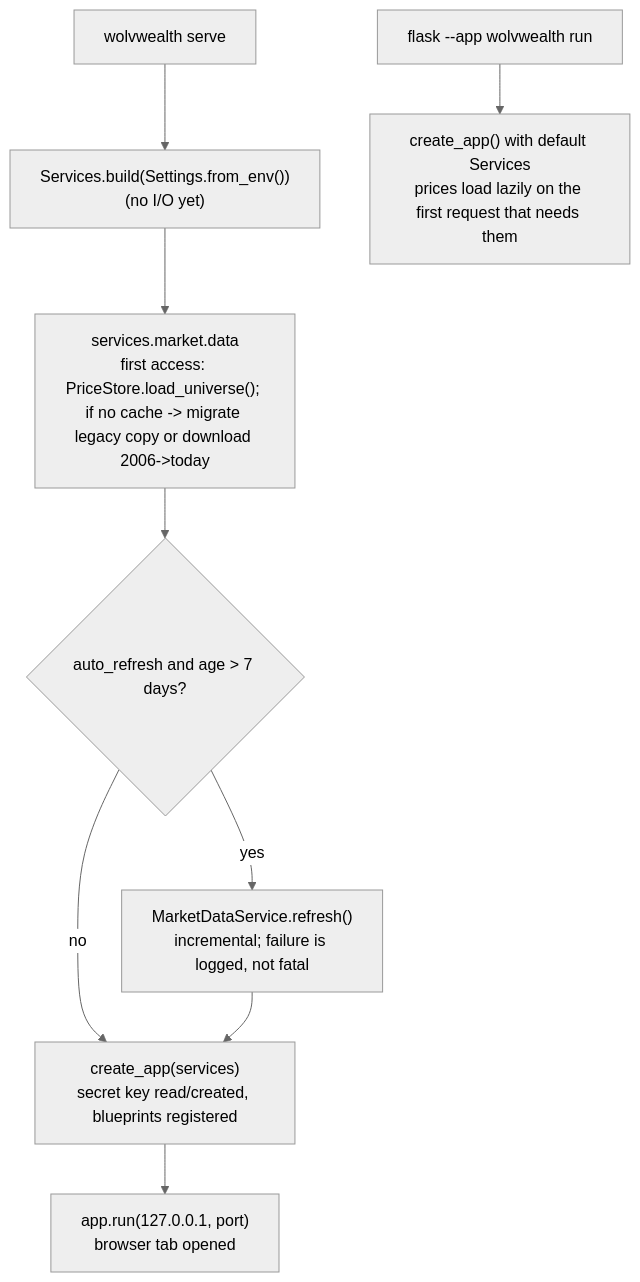
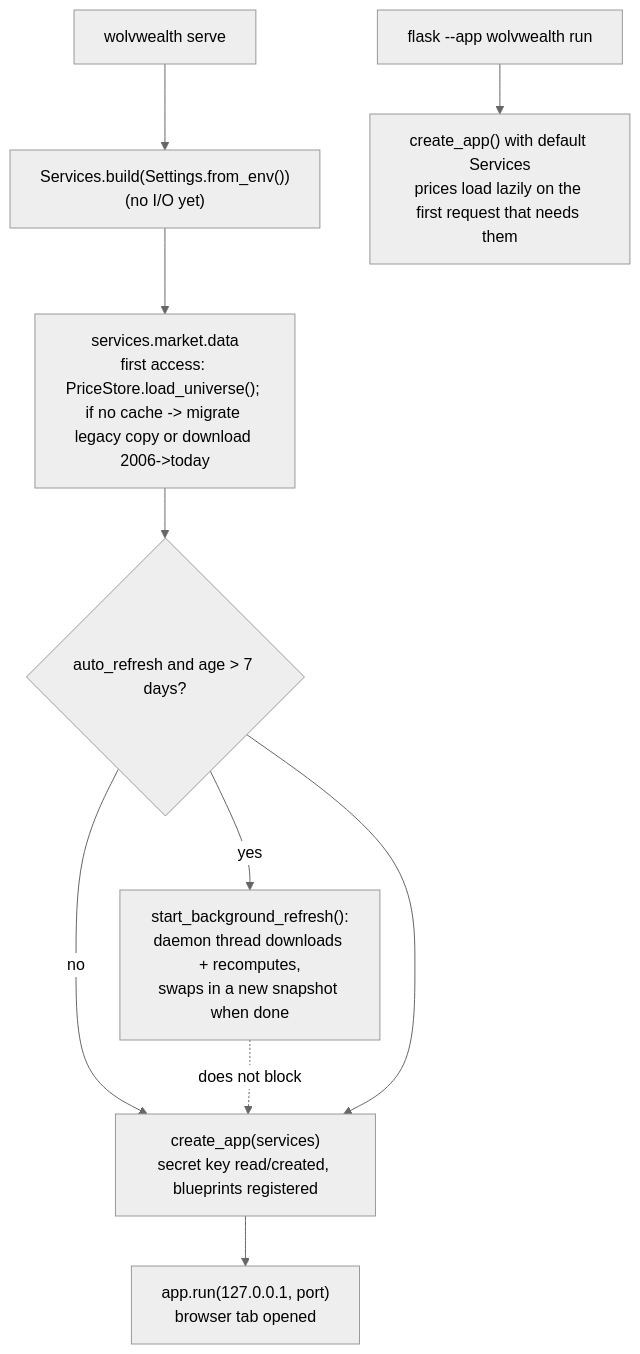
Before and after one commit to rramboer/WolvWealth: the second of 9 diagrams in ARCHITECTURE.md, drawn with Mermaid (neutral theme). The commit also changed other lines of this file and 6 other files, not shown here.

First line of the commit message:
Run the stale-price refresh in the background; make cache writes atomic

````diff
--- a/ARCHITECTURE.md
+++ b/ARCHITECTURE.md
@@ -124,11 +124,12 @@
 ```mermaid
 flowchart TD
     A["wolvwealth serve"] --> B["Services.build(Settings.from_env())<br/>(no I/O yet)"]
     B --> C["services.market.data<br/>first access: PriceStore.load_universe(); if no cache -> migrate legacy copy or download 2006->today"]
     C --> D{"auto_refresh and age > 7 days?"}
-    D -- yes --> E["MarketDataService.refresh()<br/>incremental; failure is logged, not fatal"]
+    D -- yes --> E["start_background_refresh():<br/>daemon thread downloads + recomputes,<br/>swaps in a new snapshot when done"]
     D -- no --> F
-    E --> F["create_app(services)<br/>secret key read/created, blueprints registered"]
+    E -.->|does not block| F["create_app(services)<br/>secret key read/created, blueprints registered"]
+    D --> F
     F --> G["app.run(127.0.0.1, port)<br/>browser tab opened"]
     H["flask --app wolvwealth run"] --> I["create_app() with default Services<br/>prices load lazily on the first request that needs them"]
 ```
````
